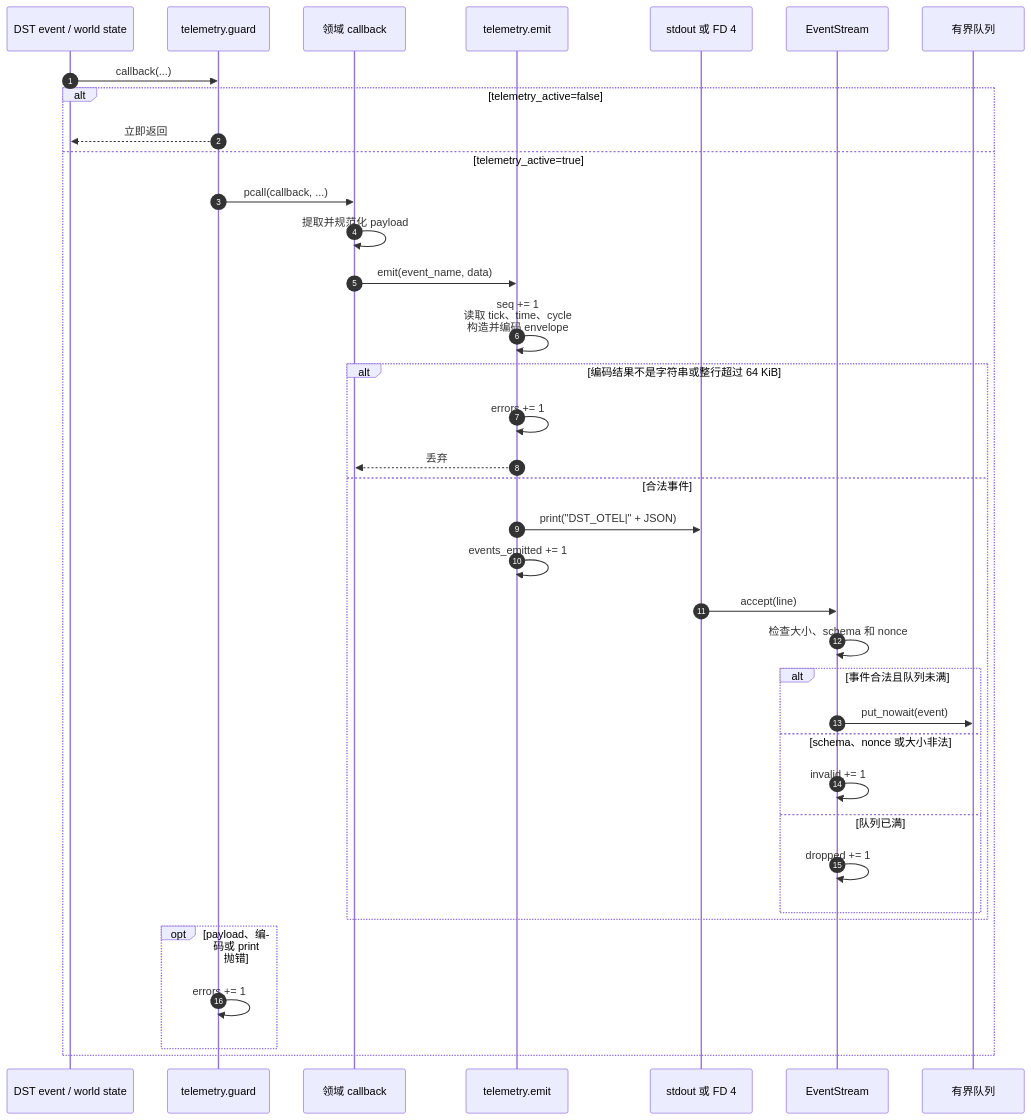
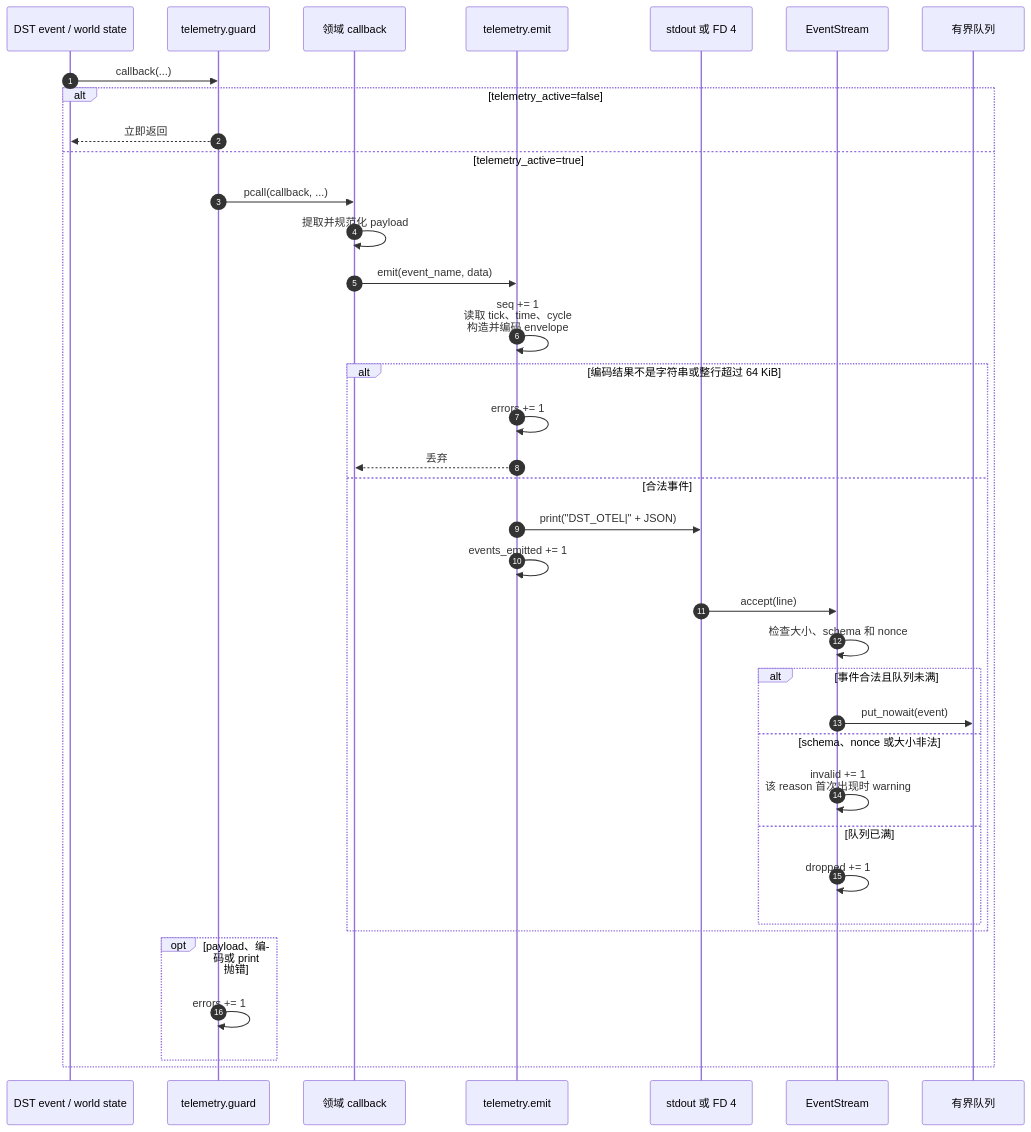
Before and after one commit to LetsStarveTogether/dst-server: the sixth of 8 diagrams in docs/python-sdk-telemetry-flow.md, drawn with Mermaid. The commit also changed other lines of this file and 7 other files, not shown here.

````diff
--- a/docs/python-sdk-telemetry-flow.md
+++ b/docs/python-sdk-telemetry-flow.md
@@ -250,40 +297,40 @@
 ```mermaid
 sequenceDiagram
     autonumber
     participant Game as DST event / world state
     participant Guard as telemetry.guard
     participant Callback as 领域 callback
     participant Emit as telemetry.emit
     participant Output as stdout 或 FD 4
     participant Stream as EventStream
     participant Queue as 有界队列
 
     Game->>Guard: callback(...)
     alt telemetry_active=false
         Guard-->>Game: 立即返回
     else telemetry_active=true
         Guard->>Callback: pcall(callback, ...)
         Callback->>Callback: 提取并规范化 payload
         Callback->>Emit: emit(event_name, data)
         Emit->>Emit: seq += 1<br/>读取 tick、time、cycle<br/>构造并编码 envelope
         alt 编码结果不是字符串或整行超过 64 KiB
             Emit->>Emit: errors += 1
             Emit-->>Callback: 丢弃
         else 合法事件
             Emit->>Output: print("DST_OTEL|" + JSON)
             Emit->>Emit: events_emitted += 1
             Output->>Stream: accept(line)
             Stream->>Stream: 检查大小、schema 和 nonce
             alt 事件合法且队列未满
                 Stream->>Queue: put_nowait(event)
             else schema、nonce 或大小非法
-                Stream->>Stream: invalid += 1
+                Stream->>Stream: invalid += 1<br/>该 reason 首次出现时 warning
             else 队列已满
                 Stream->>Stream: dropped += 1
             end
         end
         opt payload、编码或 print 抛错
             Guard->>Guard: errors += 1
         end
     end
 ```
````
